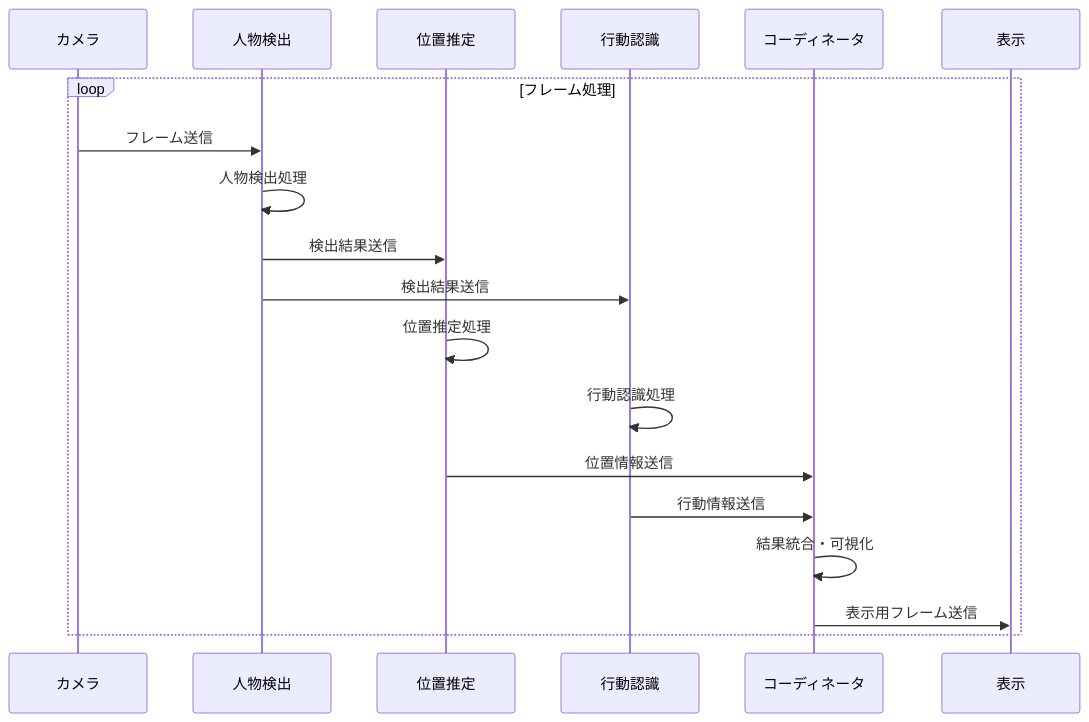
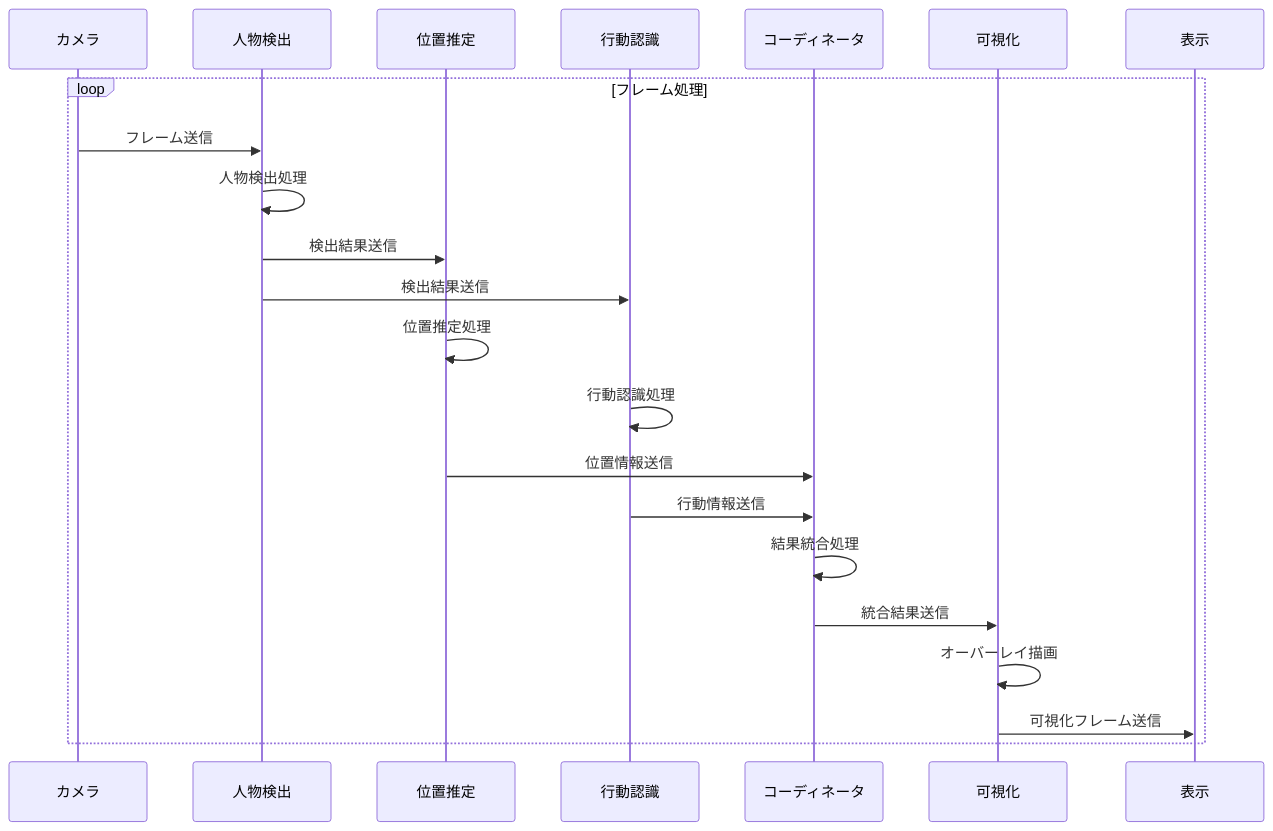
The eighth of 11 diagrams in docs/System_Architecture.md (kira612/PBL_test), drawn with Mermaid before and after one commit. The commit also changed other lines of this file and 13 other files, not shown here.

````diff
--- a/docs/System_Architecture.md
+++ b/docs/System_Architecture.md
@@ -233,22 +286,25 @@
 ```mermaid
 sequenceDiagram
     participant Camera as カメラ
     participant Detector as 人物検出
     participant Position as 位置推定
     participant Action as 行動認識
     participant Coord as コーディネータ
+    participant Visual as 可視化
     participant Display as 表示
 
     loop フレーム処理
         Camera->>Detector: フレーム送信
         Detector->>Detector: 人物検出処理
         Detector->>Position: 検出結果送信
         Detector->>Action: 検出結果送信
         Position->>Position: 位置推定処理
         Action->>Action: 行動認識処理
         Position->>Coord: 位置情報送信
         Action->>Coord: 行動情報送信
-        Coord->>Coord: 結果統合・可視化
-        Coord->>Display: 表示用フレーム送信
+        Coord->>Coord: 結果統合処理
+        Coord->>Visual: 統合結果送信
+        Visual->>Visual: オーバーレイ描画
+        Visual->>Display: 可視化フレーム送信
     end
 ```
````
